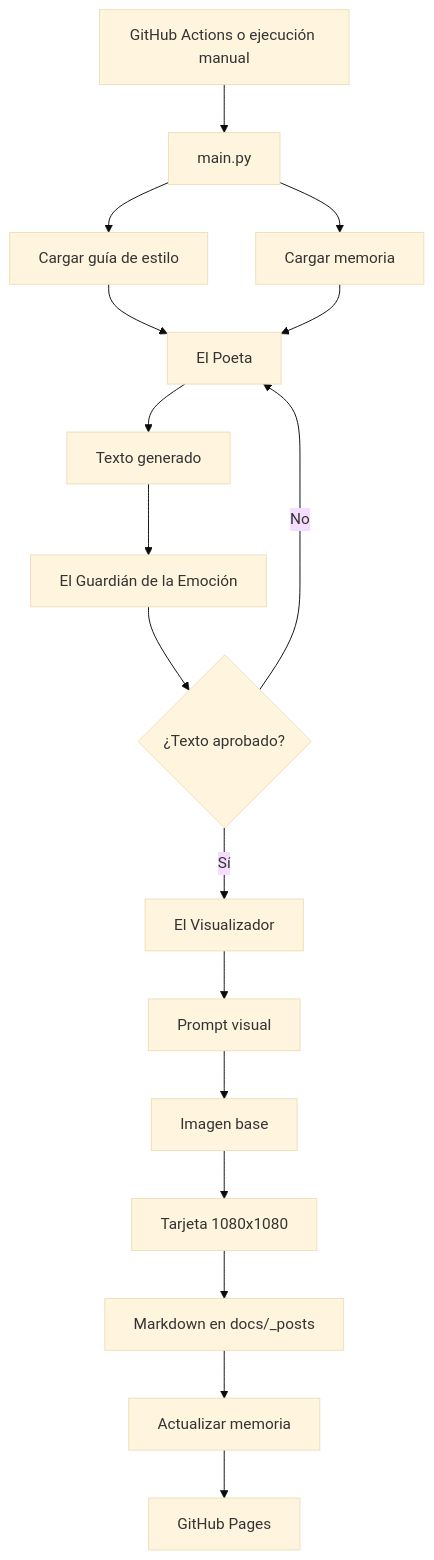
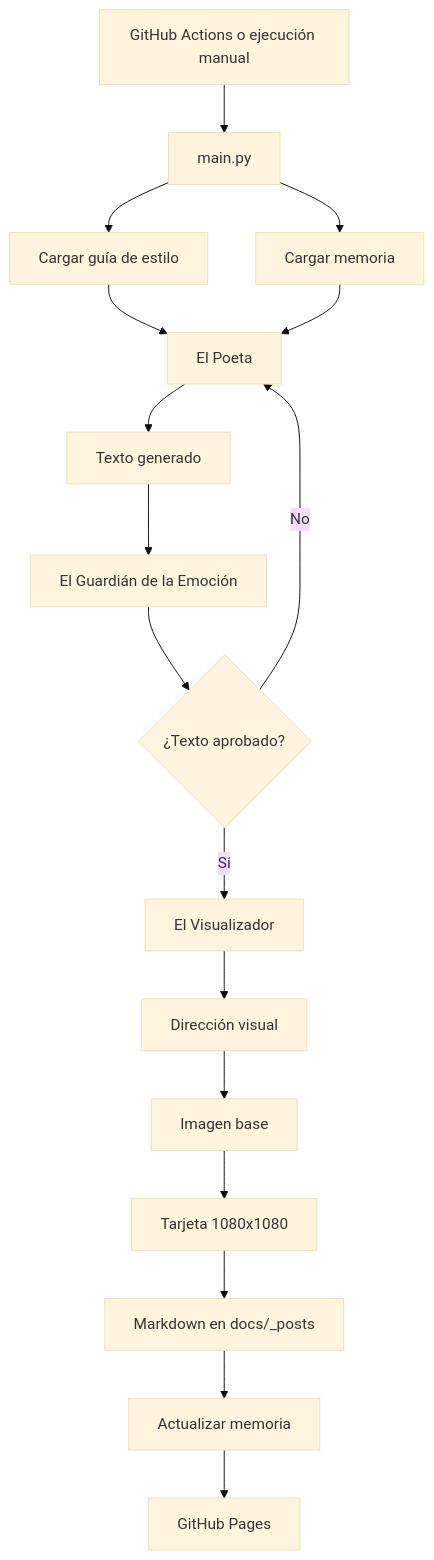
The diagram in README.md (FaridPrado/procedural-writing-system), drawn with Mermaid (base theme) before and after one commit. The commit also changed other lines of this file and 20 other files, not shown here.

````diff
--- a/README.md
+++ b/README.md
@@ -57,19 +55,19 @@
 ```mermaid
 flowchart TD
     A[GitHub Actions o ejecución manual] --> B[main.py]
     B --> C[Cargar guía de estilo]
     B --> D[Cargar memoria]
     C --> E[El Poeta]
     D --> E
     E --> F[Texto generado]
     F --> G[El Guardián de la Emoción]
     G --> H{¿Texto aprobado?}
     H -- No --> E
     H -- Sí --> I[El Visualizador]
-    I --> J[Prompt visual]
+    I --> J[Dirección visual]
     J --> K[Imagen base]
     K --> L[Tarjeta 1080x1080]
     L --> M[Markdown en docs/_posts]
     M --> N[Actualizar memoria]
     N --> O[GitHub Pages]
 ```
````
